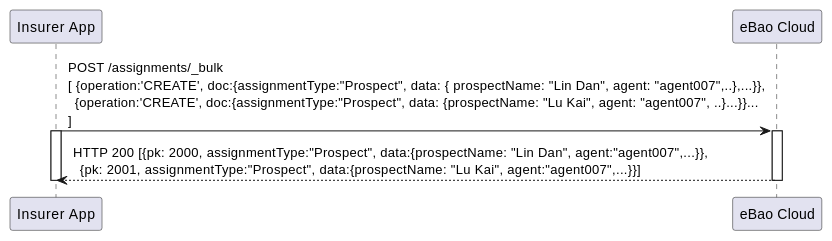
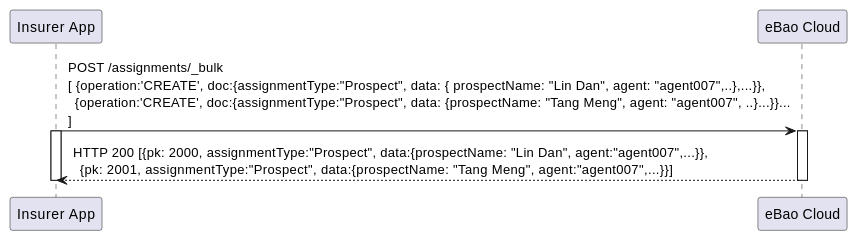
The seventh of 9 diagrams in markdown/prospects.md (yitchoong/cloudapi), drawn with PlantUML before and after one commit. The commit also changed other lines of this file and 3 other files, not shown here.

````diff
--- a/markdown/prospects.md
+++ b/markdown/prospects.md
@@ -243,13 +280,13 @@
 ```puml
 
 participant "Insurer App" as ins
 participant "eBao Cloud" as ebao
 
-ins -> ebao : POST /assignments/_bulk\n[ {operation:'CREATE', doc:{assignmentType:"Prospect", data: { prospectName: "Lin Dan", agent: "agent007",..},...}},\n  {operation:'CREATE', doc:{assignmentType:"Prospect", data: {prospectName: "Lu Kai", agent: "agent007", ..}...}}...\n]
+ins -> ebao : POST /assignments/_bulk\n[ {operation:'CREATE', doc:{assignmentType:"Prospect", data: { prospectName: "Lin Dan", agent: "agent007",..},...}},\n  {operation:'CREATE', doc:{assignmentType:"Prospect", data: {prospectName: "Tang Meng", agent: "agent007", ..}...}}...\n]
 activate ins
 activate ebao
-ebao --> ins : HTTP 200 [{pk: 2000, assignmentType:"Prospect", data:{prospectName: "Lin Dan", agent:"agent007",...}},\n  {pk: 2001, assignmentType:"Prospect", data:{prospectName: "Lu Kai", agent:"agent007",...}}]
+ebao --> ins : HTTP 200 [{pk: 2000, assignmentType:"Prospect", data:{prospectName: "Lin Dan", agent:"agent007",...}},\n  {pk: 2001, assignmentType:"Prospect", data:{prospectName: "Tang Meng", agent:"agent007",...}}]
 deactivate ebao
 deactivate ins
 
 ```
````
